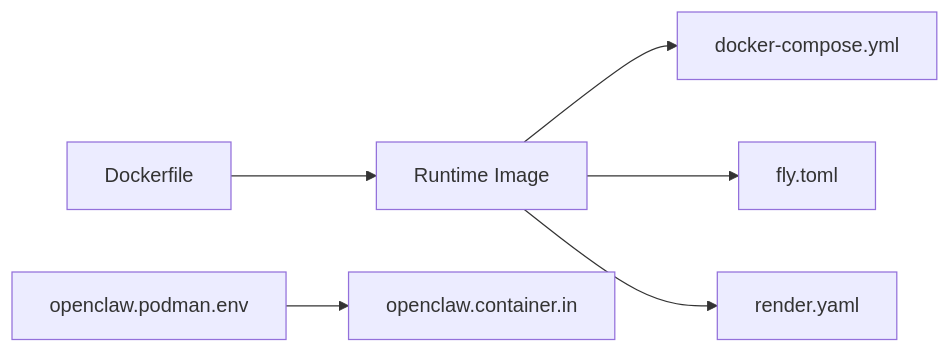
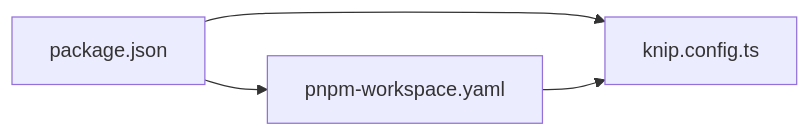
One commit to botx-work/OpenClaw-Internals changed the sixth of 7 diagrams in repowiki/en/content/Deployment & Operations/Deployment & Operations.md. Above: the diagram before and after it, drawn with Mermaid. The commit also changed other lines of this file and 332 other files, not shown here.

````diff
--- a/repowiki/en/content/Deployment & Operations/Deployment & Operations.md
+++ b/repowiki/en/content/Deployment & Operations/Deployment & Operations.md
@@ -303,8 +266,9 @@
 ```mermaid
 graph LR
-DF["Dockerfile"] --> IMG["Runtime Image"]
-IMG --> DC["docker-compose.yml"]
-IMG --> FL["fly.toml"]
-IMG --> RD["render.yaml"]
-ENV["openclaw.podman.env"] --> QUAD["openclaw.container.in"]
+PJSON["package.json"]
+WSPC["pnpm-workspace.yaml"]
+KNIPT["knip.config.ts"]
+PJSON --> WSPC
+PJSON --> KNIPT
+WSPC --> KNIPT
 ```
````
